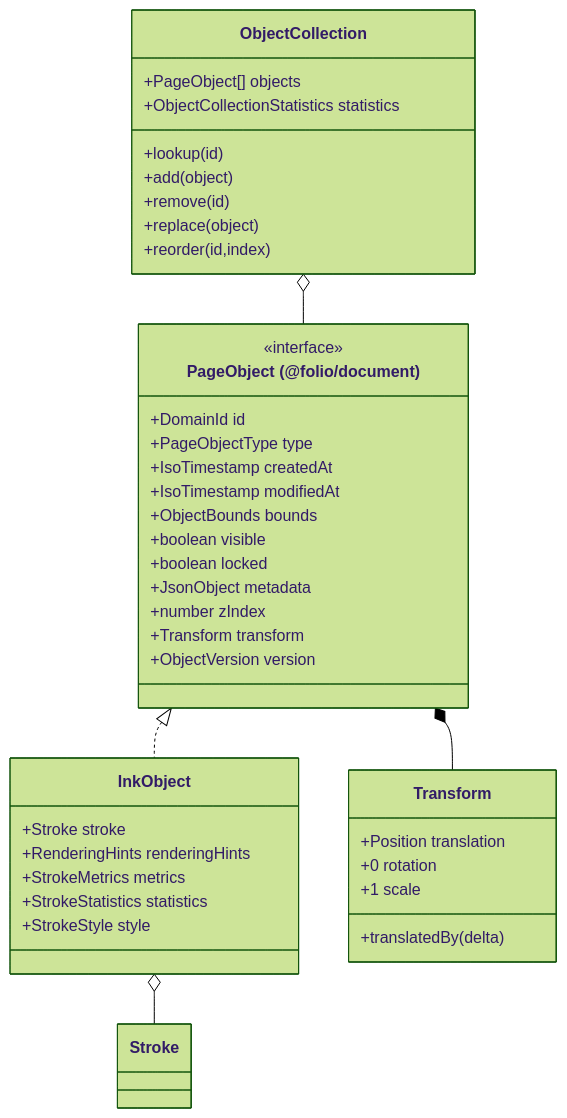
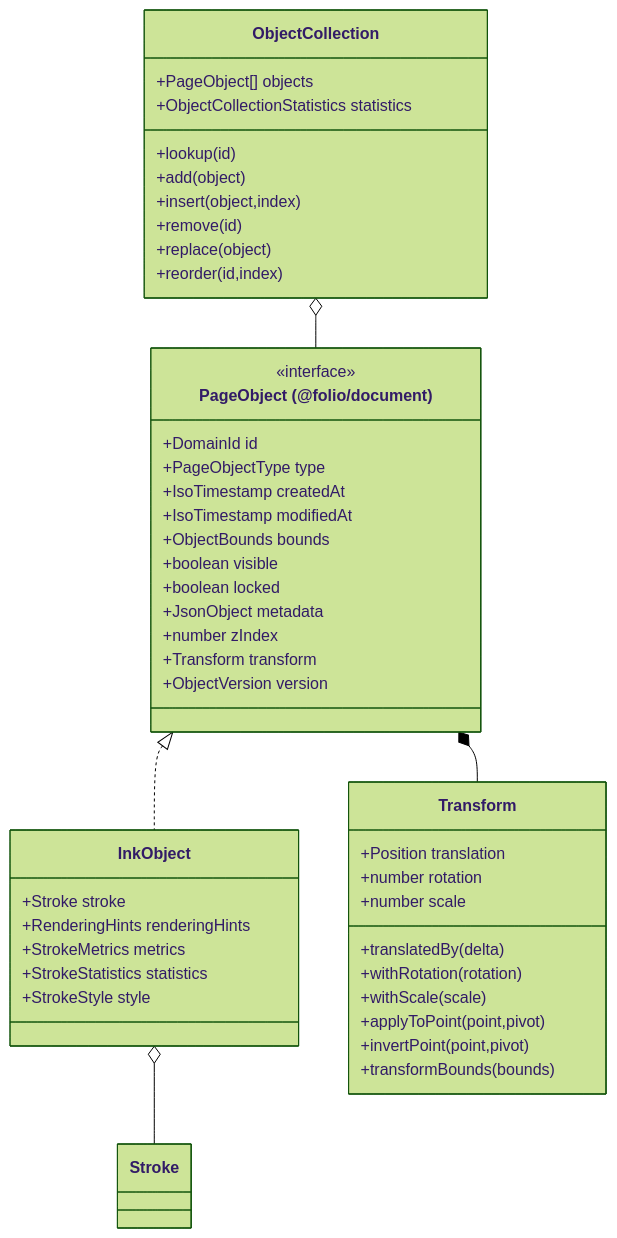
The sixth of 45 diagrams in docs/architecture/FOLIO_ARCHITECTURE_REFERENCE_MANUAL.md (ritikpandey1981/digital-notes), drawn with Mermaid (forest theme) before and after one commit. The commit also changed other lines of this file and 75 other files, not shown here.

````diff
--- a/docs/architecture/FOLIO_ARCHITECTURE_REFERENCE_MANUAL.md
+++ b/docs/architecture/FOLIO_ARCHITECTURE_REFERENCE_MANUAL.md
@@ -383,43 +383,49 @@
 ```mermaid
 classDiagram
     class DocumentPageObject["PageObject (@folio/document)"] {
       <<interface>>
       +DomainId id
       +PageObjectType type
       +IsoTimestamp createdAt
       +IsoTimestamp modifiedAt
       +ObjectBounds bounds
       +boolean visible
       +boolean locked
       +JsonObject metadata
       +number zIndex
       +Transform transform
       +ObjectVersion version
     }
     class InkObject {
       +Stroke stroke
       +RenderingHints renderingHints
       +StrokeMetrics metrics
       +StrokeStatistics statistics
       +StrokeStyle style
     }
     class Transform {
       +Position translation
-      +0 rotation
-      +1 scale
+      +number rotation
+      +number scale
       +translatedBy(delta)
+      +withRotation(rotation)
+      +withScale(scale)
+      +applyToPoint(point,pivot)
+      +invertPoint(point,pivot)
+      +transformBounds(bounds)
     }
     class ObjectCollection {
       +PageObject[] objects
       +ObjectCollectionStatistics statistics
       +lookup(id)
       +add(object)
+      +insert(object,index)
       +remove(id)
       +replace(object)
       +reorder(id,index)
     }
     DocumentPageObject <|.. InkObject
     DocumentPageObject *-- Transform
     InkObject o-- Stroke
     ObjectCollection o-- DocumentPageObject
 ```
````
